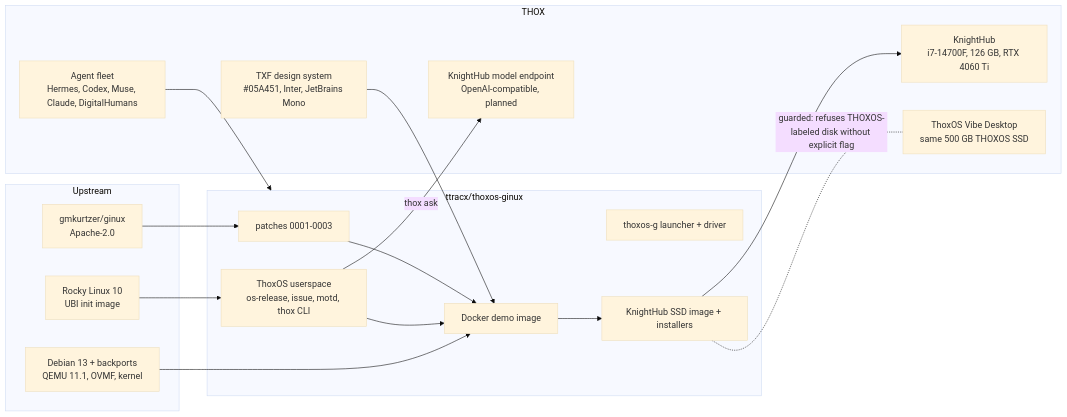
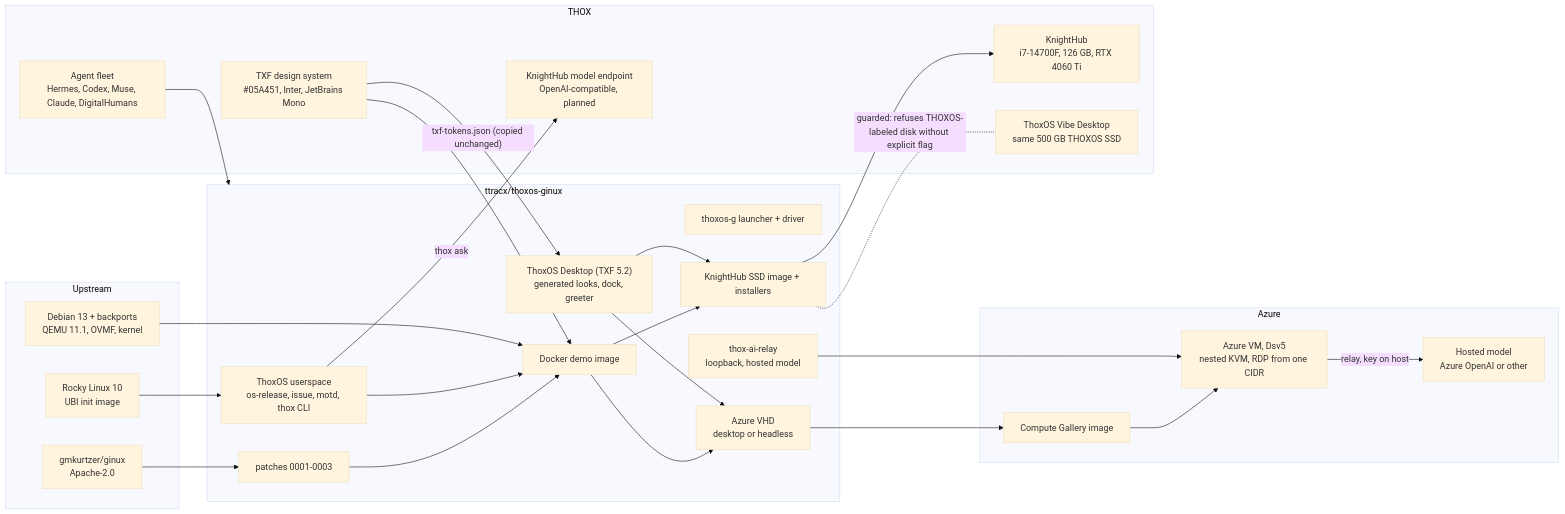
Before and after one commit to Thox-ai/thoxinux: the diagram in ginux-edition/ecosystem_map.md, drawn with Mermaid (base theme). The commit also changed other lines of this file and 118 other files, not shown here.

````diff
--- a/ginux-edition/ecosystem_map.md
+++ b/ginux-edition/ecosystem_map.md
@@ -12,30 +12,45 @@
 ```mermaid
 flowchart LR
   subgraph Upstream
     G["gmkurtzer/ginux<br/>Apache-2.0"]
     R["Rocky Linux 10<br/>UBI init image"]
     D["Debian 13 + backports<br/>QEMU 11.1, OVMF, kernel"]
   end
   subgraph ThisRepo["ttracx/thoxos-ginux"]
     P["patches 0001-0003"]
     U["ThoxOS userspace<br/>os-release, issue, motd, thox CLI"]
     T["thoxos-g launcher + driver"]
     DM["Docker demo image"]
     SSD["KnightHub SSD image + installers"]
+    DSK["ThoxOS Desktop (TXF 5.2)<br/>generated looks, dock, greeter"]
+    AZI["Azure VHD<br/>desktop or headless"]
+    RLY["thox-ai-relay<br/>loopback, hosted model"]
+  end
+  subgraph Azure
+    GAL["Compute Gallery image"]
+    AVM["Azure VM, Dsv5<br/>nested KVM, RDP from one CIDR"]
+    AOAI["Hosted model<br/>Azure OpenAI or other"]
   end
   subgraph THOX
     TXF["TXF design system<br/>#05A451, Inter, JetBrains Mono"]
     KH["KnightHub<br/>i7-14700F, 126 GB, RTX 4060 Ti"]
     AI["KnightHub model endpoint<br/>OpenAI-compatible, planned"]
     VIBE["ThoxOS Vibe Desktop<br/>same 500 GB THOXOS SSD"]
     FLEET["Agent fleet<br/>Hermes, Codex, Muse, Claude, DigitalHumans"]
   end
   G --> P --> DM
   R --> U --> DM
   D --> DM
   DM --> SSD --> KH
   U -- "thox ask" --> AI
   TXF --> DM
+  TXF -- "txf-tokens.json (copied unchanged)" --> DSK
+  DM --> AZI
+  DSK --> AZI
+  DSK --> SSD
+  AZI --> GAL --> AVM
+  RLY --> AVM
+  AVM -- "relay, key on host" --> AOAI
   SSD -. "guarded: refuses THOXOS-labeled disk without explicit flag" .- VIBE
   FLEET --> ThisRepo
 ```
````
